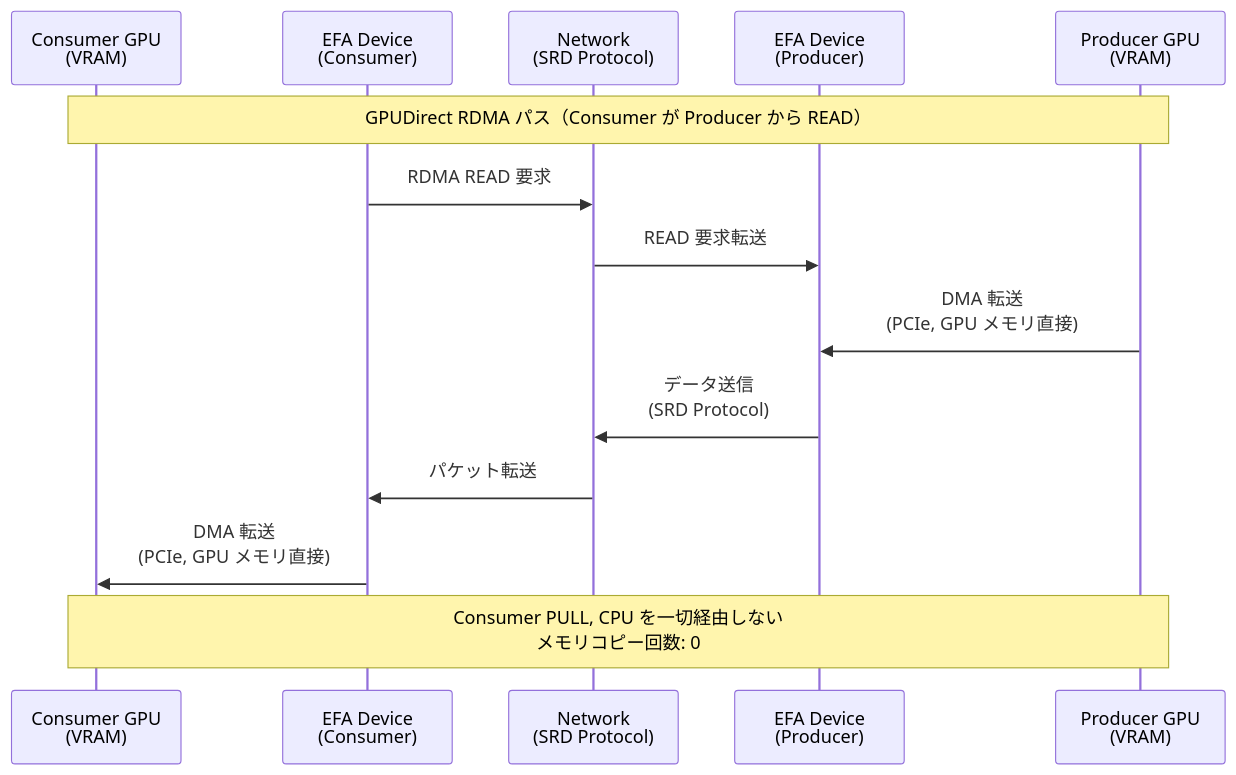
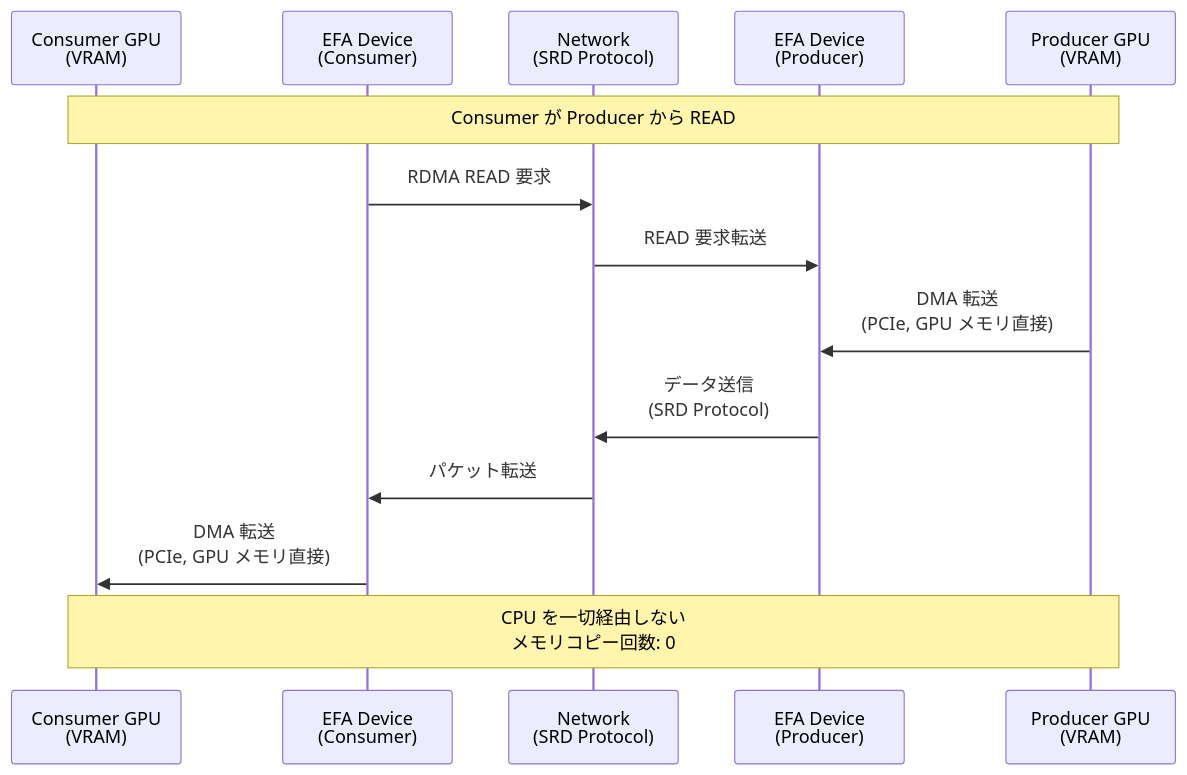
The third of 15 diagrams in articles/3dd524130320d3.md (littlemex/zenn), drawn with Mermaid before and after one commit. The commit also changed other lines of this file, not shown here.

````diff
--- a/articles/3dd524130320d3.md
+++ b/articles/3dd524130320d3.md
@@ -111,16 +142,16 @@
 ```mermaid
 sequenceDiagram
     participant Consumer_GPU as Consumer GPU<br/>(VRAM)
     participant EFA_C as EFA Device<br/>(Consumer)
     participant Network as Network<br/>(SRD Protocol)
     participant EFA_P as EFA Device<br/>(Producer)
     participant Producer_GPU as Producer GPU<br/>(VRAM)
-    Note over Consumer_GPU,Producer_GPU: GPUDirect RDMA パス（Consumer が Producer から READ）
+    Note over Consumer_GPU,Producer_GPU: Consumer が Producer から READ
     EFA_C->>Network: RDMA READ 要求
     Network->>EFA_P: READ 要求転送
     Producer_GPU->>EFA_P: DMA 転送<br/>(PCIe, GPU メモリ直接)
     EFA_P->>Network: データ送信<br/>(SRD Protocol)
     Network->>EFA_C: パケット転送
     EFA_C->>Consumer_GPU: DMA 転送<br/>(PCIe, GPU メモリ直接)
-    Note over Consumer_GPU,Producer_GPU: Consumer PULL, CPU を一切経由しない<br/>メモリコピー回数: 0
+    Note over Consumer_GPU,Producer_GPU: CPU を一切経由しない<br/>メモリコピー回数: 0
 ```
````
